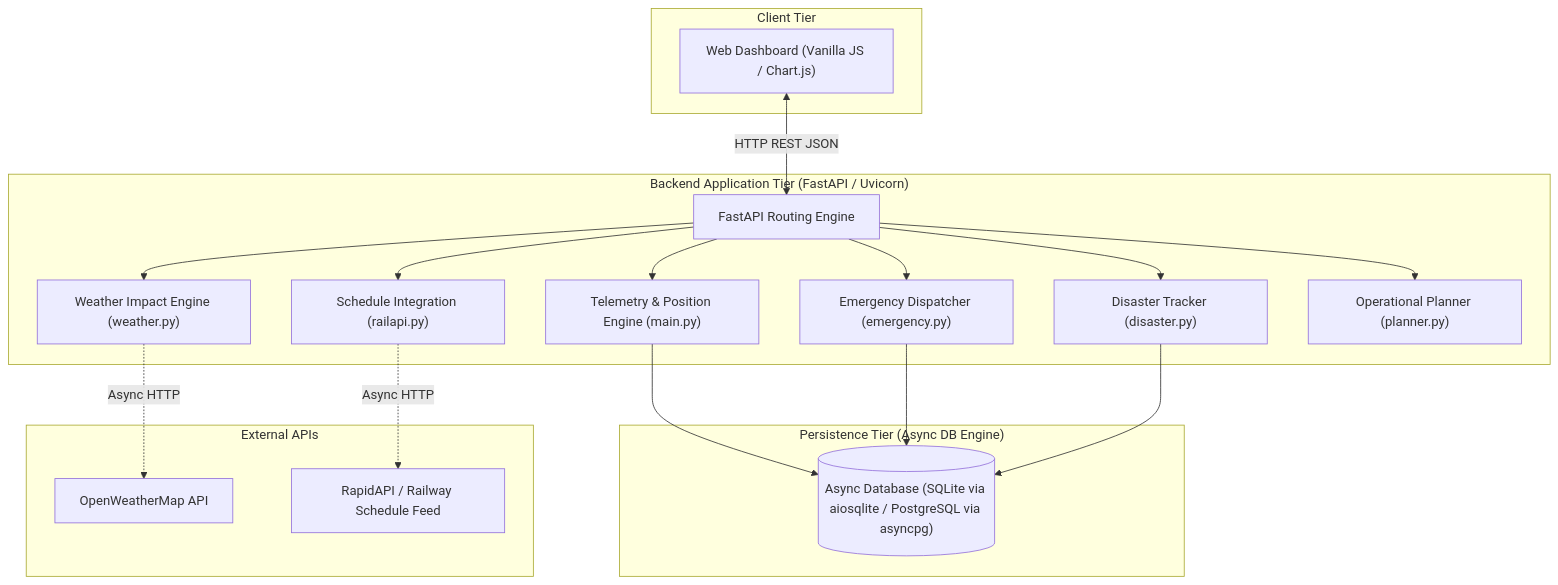
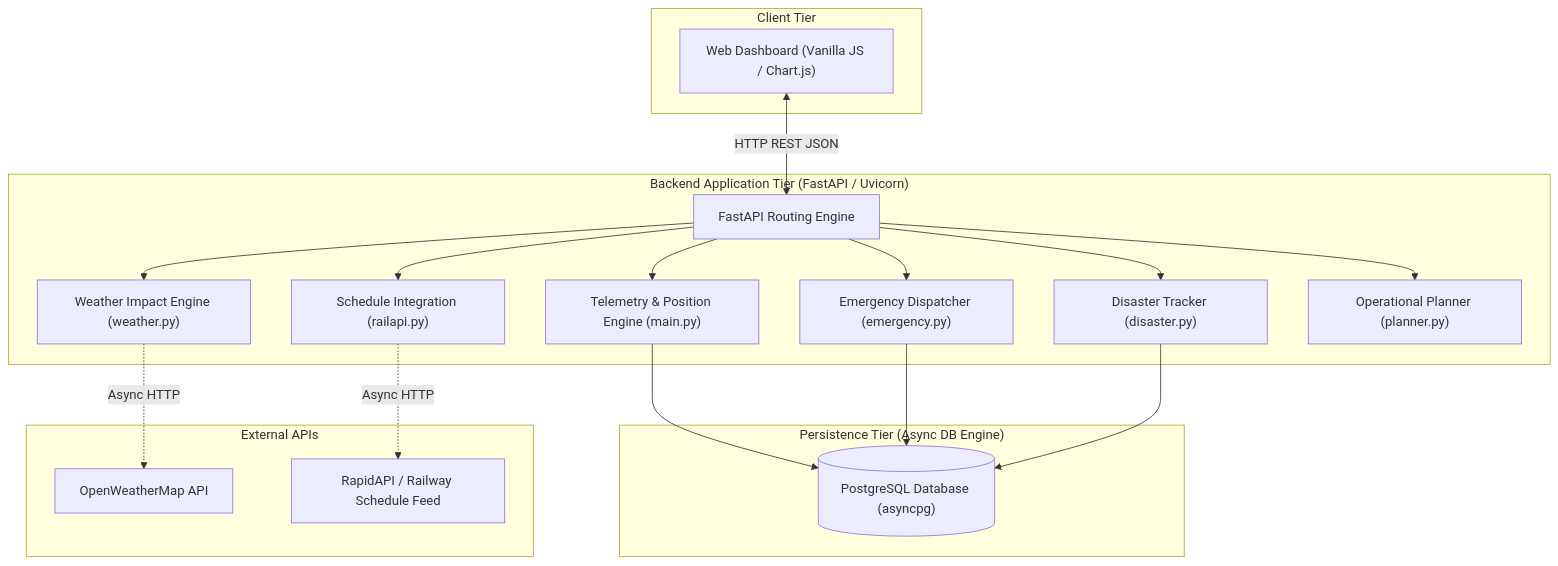
The diagram in README.md (AnirbanSarkar225/AlphaRail), drawn with Mermaid before and after one commit. The commit also changed other lines of this file, not shown here.

Commit message:
style: remove emojis and standardize database references to PostgreSQL

````diff
--- a/README.md
+++ b/README.md
@@ -33,31 +33,31 @@
 ```mermaid
 flowchart TD
     subgraph Client["Client Tier"]
         UI["Web Dashboard (Vanilla JS / Chart.js)"]
     end
 
     subgraph Backend["Backend Application Tier (FastAPI / Uvicorn)"]
         API["FastAPI Routing Engine"]
         TM["Telemetry & Position Engine (main.py)"]
         WM["Weather Impact Engine (weather.py)"]
         EM["Emergency Dispatcher (emergency.py)"]
         DM["Disaster Tracker (disaster.py)"]
         RA["Schedule Integration (railapi.py)"]
         PL["Operational Planner (planner.py)"]
     end
 
     subgraph Persistence["Persistence Tier (Async DB Engine)"]
-        DB[("Async Database (SQLite via aiosqlite / PostgreSQL via asyncpg)")]
+        DB[("PostgreSQL Database (asyncpg)")]
     end
 
     subgraph External["External APIs"]
         OWM["OpenWeatherMap API"]
         IR["RapidAPI / Railway Schedule Feed"]
     end
 
     UI <-->|"HTTP REST JSON"| API
     API --> TM & WM & EM & DM & RA & PL
     TM & EM & DM --> DB
     WM -.->|"Async HTTP"| OWM
     RA -.->|"Async HTTP"| IR
 ```
````
